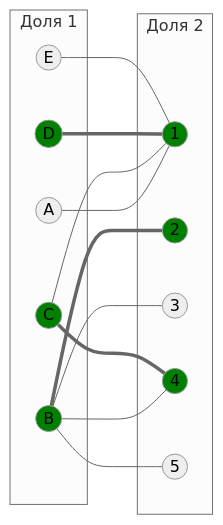
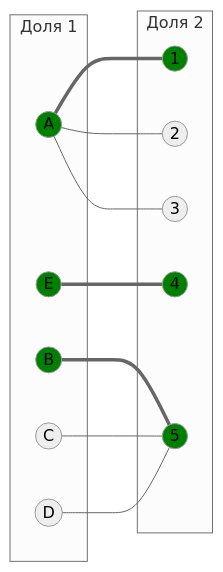
One commit to algos-ris-24-5/manual-tasks changed the second of 13 diagrams in Задание 8/TeamSpirit.md. Above: the diagram before and after it, drawn with Mermaid (neutral theme). The commit also changed other lines of this file, not shown here.

````diff
--- a/Задание 8/TeamSpirit.md
+++ b/Задание 8/TeamSpirit.md
@@ -72,34 +70,32 @@
 ```mermaid
 graph LR
     subgraph "Доля 1"
         A((A))
         B((B))
         C((C))
         D((D))
         E((E))
     end
     subgraph "Доля 2"
         1((1))
         2((2))
         3((3))
         4((4))
         5((5))
     end
-    A --- 1
-    B === 2
-    B --- 3
-    B --- 4
-    B --- 5
-    C --- 1
-    C === 4
-    D === 1
-    E --- 1
+    A === 1
+    A --- 2
+    A --- 3
+    B === 5
+    C --- 5
+    D --- 5
+    E === 4
 
 
-    style D fill:#008000
+    style A fill:#008000
+    style E fill:#008000
     style B fill:#008000
-    style C fill:#008000
     style 1 fill:#008000
-    style 2 fill:#008000
+    style 5 fill:#008000
     style 4 fill:#008000
 ```
````
